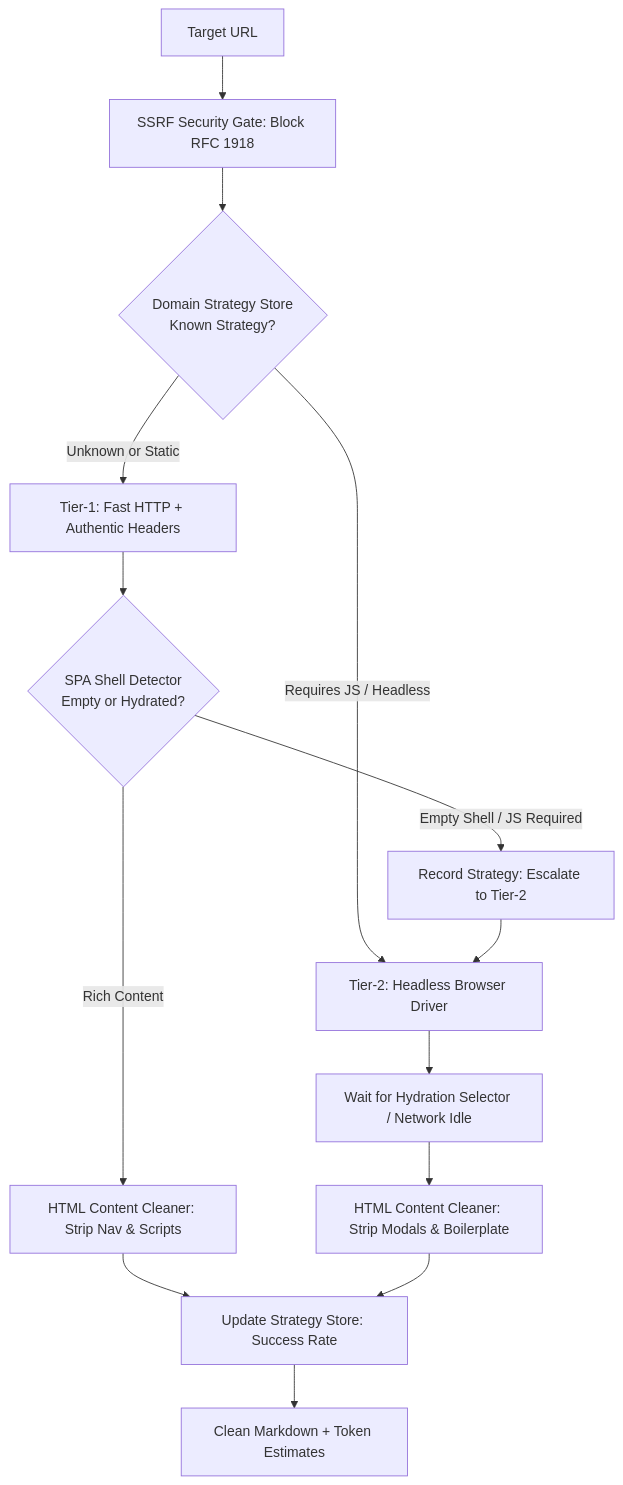
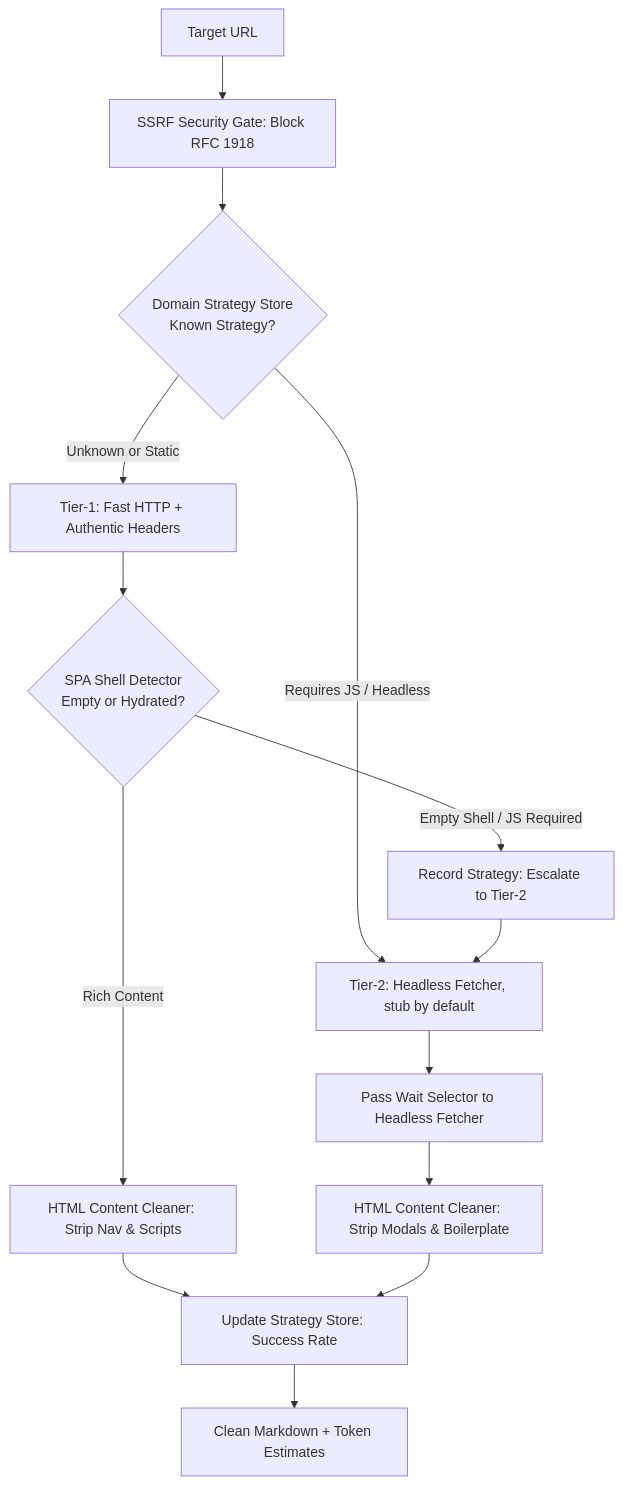
Before and after one commit to dan-petty/vibes: the diagram in examples/adaptive-web-crawler/README.md, drawn with Mermaid. The commit also changed other lines of this file and 248 other files, not shown here.

````diff
--- a/examples/adaptive-web-crawler/README.md
+++ b/examples/adaptive-web-crawler/README.md
@@ -28,20 +28,20 @@
 ```mermaid
 flowchart TD
     URL[Target URL] --> SecCheck[SSRF Security Gate: Block RFC 1918]
     SecCheck --> StratLookup{Domain Strategy Store<br/>Known Strategy?}
 
-    StratLookup -->|Requires JS / Headless| Tier2[Tier-2: Headless Browser Driver]
+    StratLookup -->|Requires JS / Headless| Tier2[Tier-2: Headless Fetcher, stub by default]
     StratLookup -->|Unknown or Static| Tier1[Tier-1: Fast HTTP + Authentic Headers]
 
     Tier1 --> SPADetect{SPA Shell Detector<br/>Empty or Hydrated?}
     SPADetect -->|Rich Content| Clean1[HTML Content Cleaner: Strip Nav & Scripts]
     SPADetect -->|Empty Shell / JS Required| Escalate[Record Strategy: Escalate to Tier-2]
 
     Escalate --> Tier2
-    Tier2 --> WaitHydration[Wait for Hydration Selector / Network Idle]
+    Tier2 --> WaitHydration[Pass Wait Selector to Headless Fetcher]
     WaitHydration --> Clean2[HTML Content Cleaner: Strip Modals & Boilerplate]
 
     Clean1 --> RecordSuccess[Update Strategy Store: Success Rate]
     Clean2 --> RecordSuccess
     RecordSuccess --> Output[Clean Markdown + Token Estimates]
 ```
````
